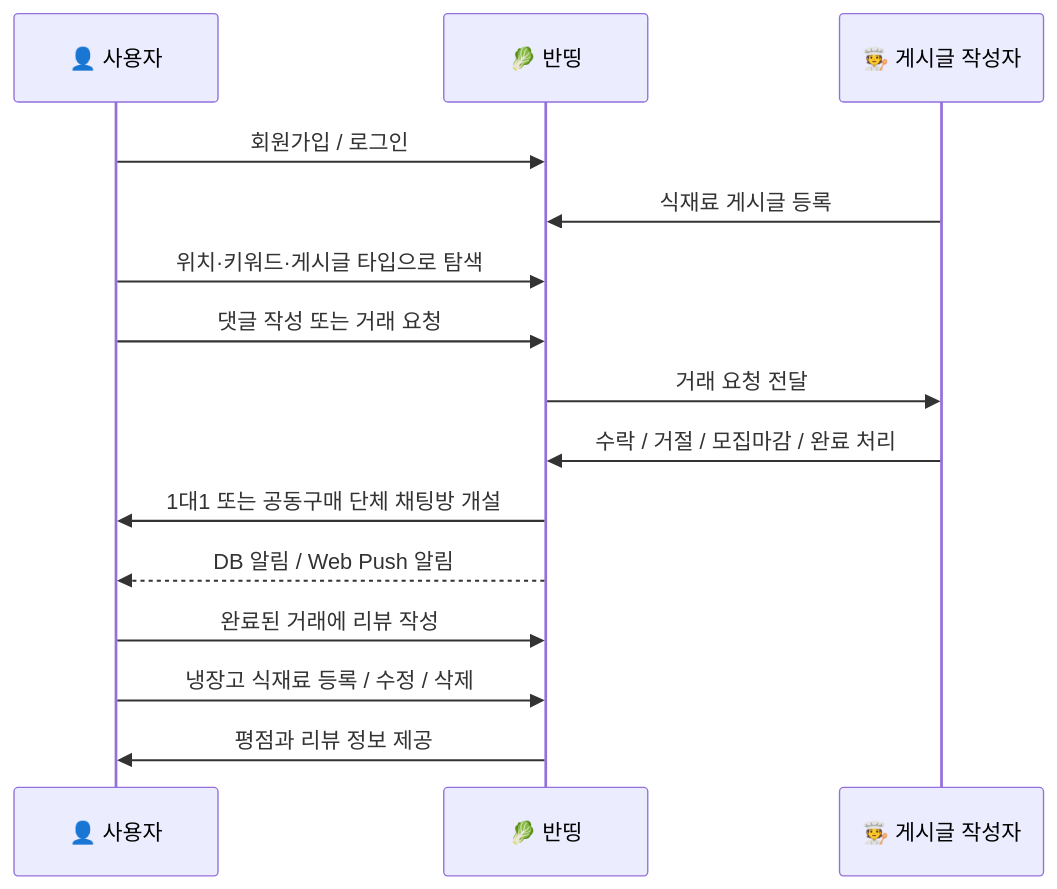
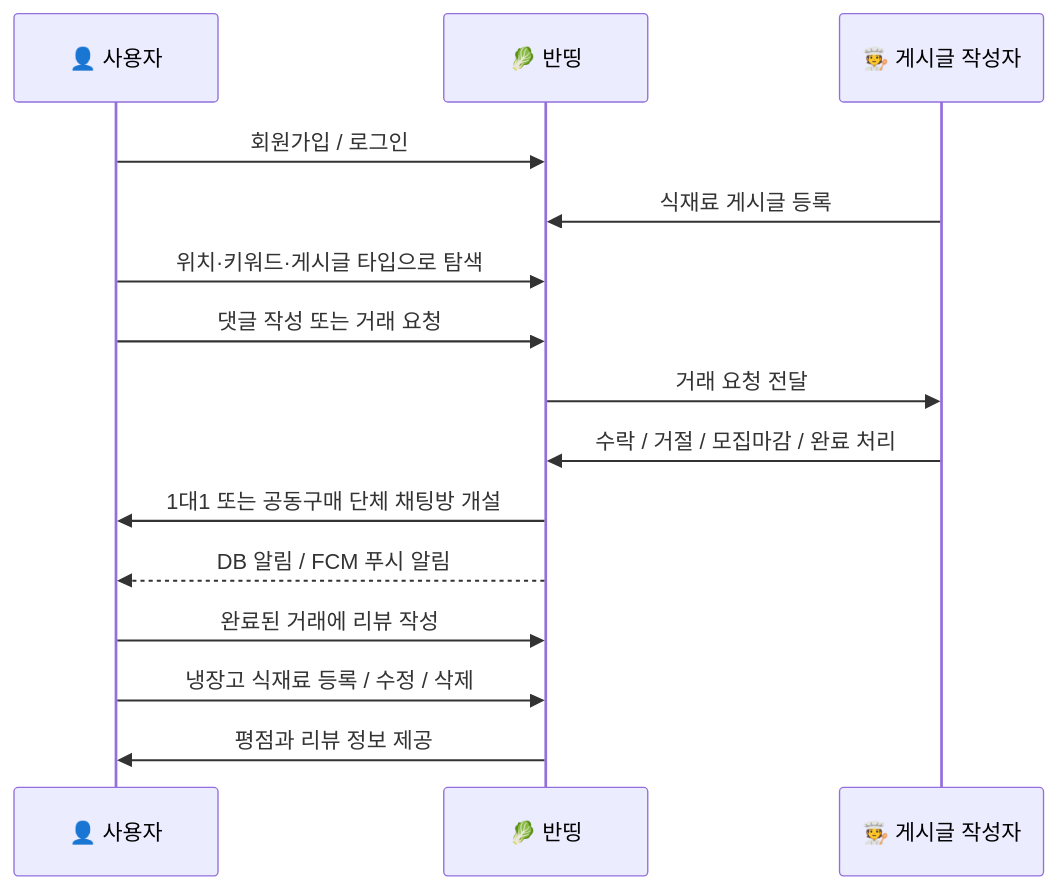
The first of 2 diagrams in README.md (hjs7115/foodshare), drawn with Mermaid before and after one commit. The commit also changed other lines of this file and 45 other files, not shown here.

Commit message:
Switch push notifications back to FCM

````diff
--- a/README.md
+++ b/README.md
@@ -73,18 +73,18 @@
 ```mermaid
 sequenceDiagram
     participant 사용자 as 👤 사용자
     participant 반띵 as 🥬 반띵
     participant 작성자 as 🧑‍🍳 게시글 작성자
 
     사용자->>반띵: 회원가입 / 로그인
     작성자->>반띵: 식재료 게시글 등록
     사용자->>반띵: 위치·키워드·게시글 타입으로 탐색
     사용자->>반띵: 댓글 작성 또는 거래 요청
     반띵->>작성자: 거래 요청 전달
     작성자->>반띵: 수락 / 거절 / 모집마감 / 완료 처리
     반띵->>사용자: 1대1 또는 공동구매 단체 채팅방 개설
-    반띵-->>사용자: DB 알림 / Web Push 알림
+    반띵-->>사용자: DB 알림 / FCM 푸시 알림
     사용자->>반띵: 완료된 거래에 리뷰 작성
     사용자->>반띵: 냉장고 식재료 등록 / 수정 / 삭제
     반띵->>사용자: 평점과 리뷰 정보 제공
 ```
````
